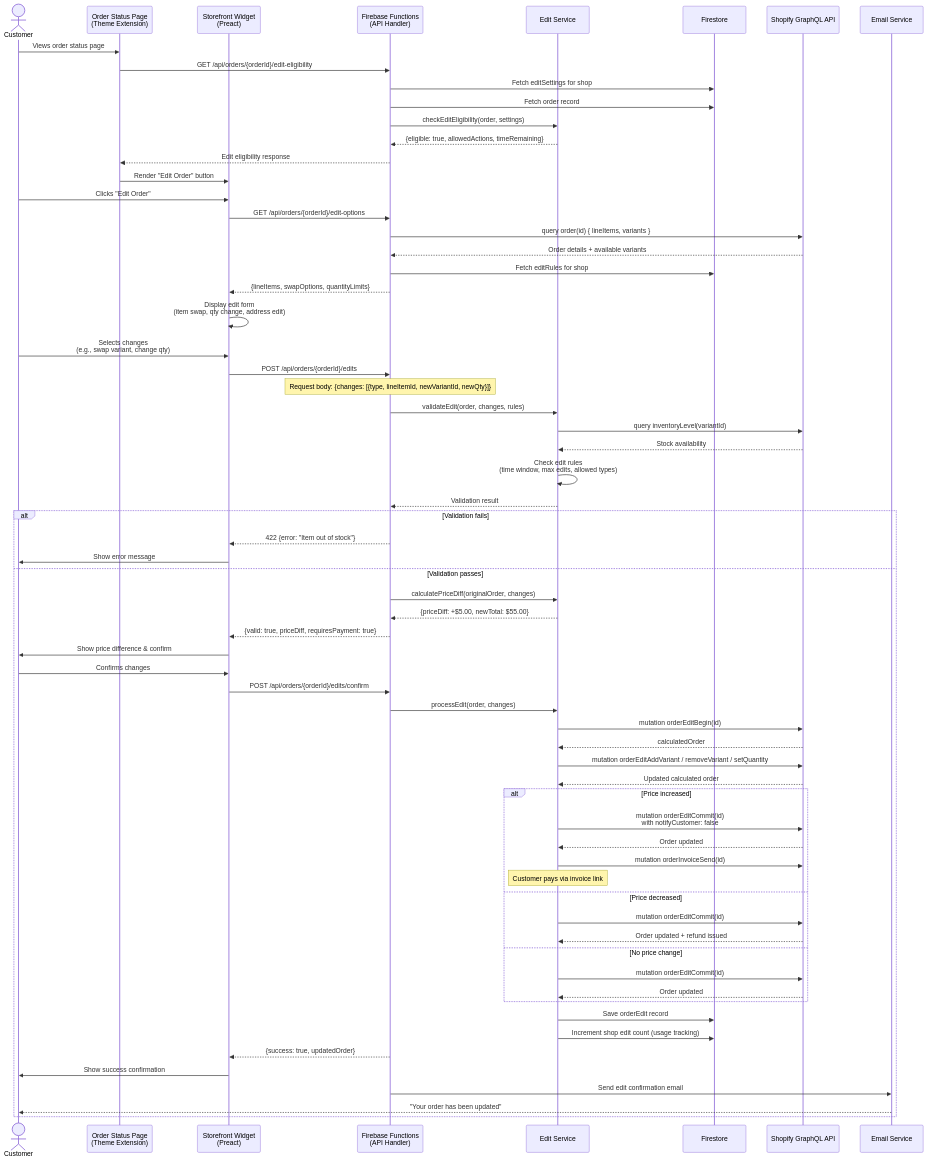
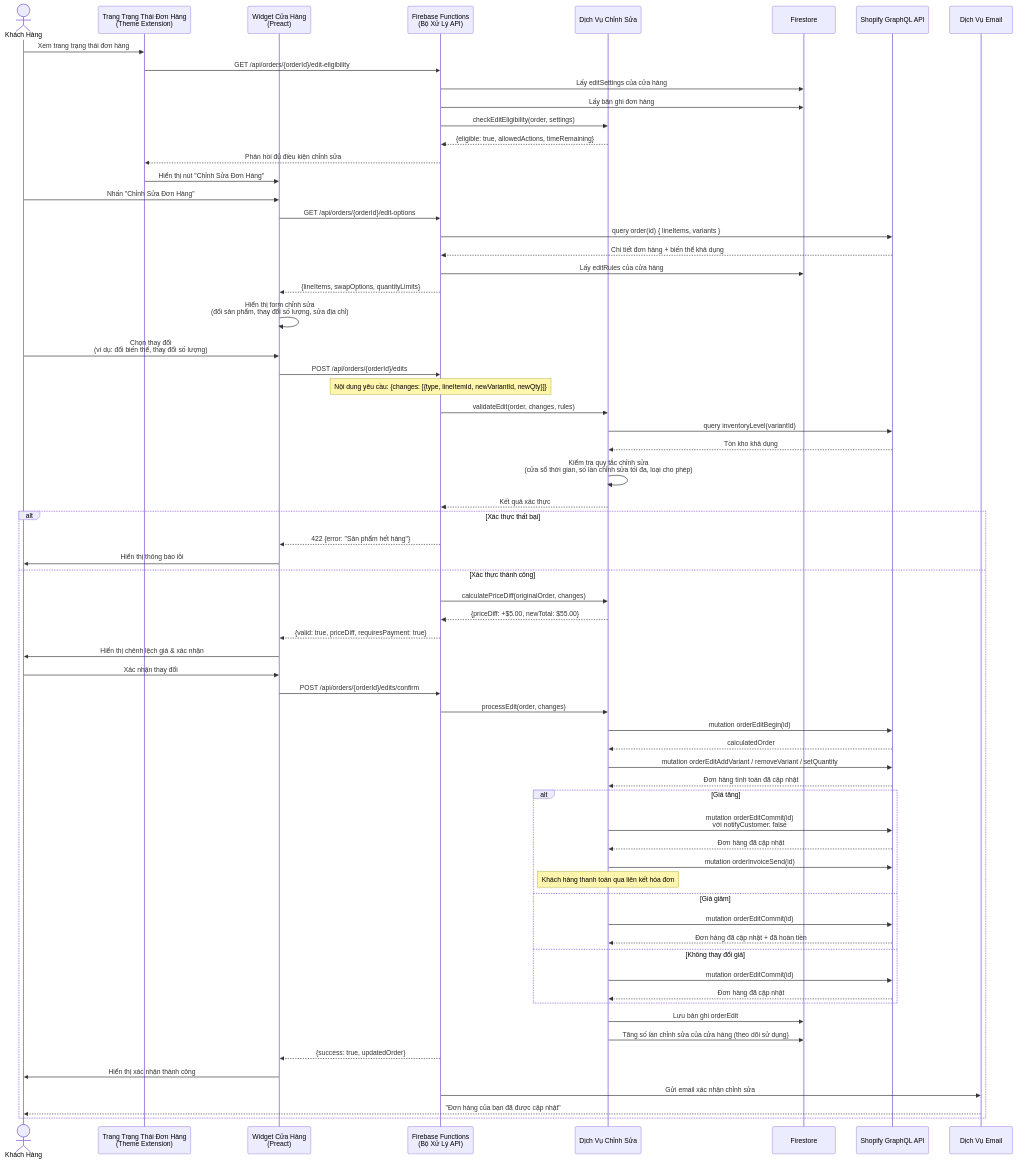
The third of 10 diagrams in order editing/research/08-diagrams.md (Roger-46/test), drawn with Mermaid before and after one commit. The commit also changed other lines of this file and 20 other files, not shown here.

````diff
--- a/order editing/research/08-diagrams.md
+++ b/order editing/research/08-diagrams.md
@@ -149,54 +149,54 @@
 ```mermaid
 sequenceDiagram
-    actor C as Customer
-    participant OSP as Order Status Page<br/>(Theme Extension)
-    participant SW as Storefront Widget<br/>(Preact)
-    participant API as Firebase Functions<br/>(API Handler)
-    participant SVC as Edit Service
+    actor C as Khách Hàng
+    participant OSP as Trang Trạng Thái Đơn Hàng<br/>(Theme Extension)
+    participant SW as Widget Cửa Hàng<br/>(Preact)
+    participant API as Firebase Functions<br/>(Bộ Xử Lý API)
+    participant SVC as Dịch Vụ Chỉnh Sửa
     participant FS as Firestore
     participant SHOP as Shopify GraphQL API
-    participant EMAIL as Email Service
+    participant EMAIL as Dịch Vụ Email
 
-    C->>OSP: Views order status page
+    C->>OSP: Xem trang trạng thái đơn hàng
     OSP->>API: GET /api/orders/{orderId}/edit-eligibility
-    API->>FS: Fetch editSettings for shop
-    API->>FS: Fetch order record
+    API->>FS: Lấy editSettings của cửa hàng
+    API->>FS: Lấy bản ghi đơn hàng
     API->>SVC: checkEditEligibility(order, settings)
     SVC-->>API: {eligible: true, allowedActions, timeRemaining}
-    API-->>OSP: Edit eligibility response
+    API-->>OSP: Phản hồi đủ điều kiện chỉnh sửa
 
-    OSP->>SW: Render "Edit Order" button
+    OSP->>SW: Hiển thị nút "Chỉnh Sửa Đơn Hàng"
 
-    C->>SW: Clicks "Edit Order"
+    C->>SW: Nhấn "Chỉnh Sửa Đơn Hàng"
     SW->>API: GET /api/orders/{orderId}/edit-options
     API->>SHOP: query order(id) { lineItems, variants }
-    SHOP-->>API: Order details + available variants
-    API->>FS: Fetch editRules for shop
+    SHOP-->>API: Chi tiết đơn hàng + biến thể khả dụng
+    API->>FS: Lấy editRules của cửa hàng
     API-->>SW: {lineItems, swapOptions, quantityLimits}
 
-    SW->>SW: Display edit form<br/>(item swap, qty change, address edit)
+    SW->>SW: Hiển thị form chỉnh sửa<br/>(đổi sản phẩm, thay đổi số lượng, sửa địa chỉ)
 
-    C->>SW: Selects changes<br/>(e.g., swap variant, change qty)
+    C->>SW: Chọn thay đổi<br/>(ví dụ: đổi biến thể, thay đổi số lượng)
     SW->>API: POST /api/orders/{orderId}/edits
-    Note over API: Request body: {changes: [{type, lineItemId, newVariantId, newQty}]}
+    Note over API: Nội dung yêu cầu: {changes: [{type, lineItemId, newVariantId, newQty}]}
 
     API->>SVC: validateEdit(order, changes, rules)
     SVC->>SHOP: query inventoryLevel(variantId)
-    SHOP-->>SVC: Stock availability
-    SVC->>SVC: Check edit rules<br/>(time window, max edits, allowed types)
-    SVC-->>API: Validation result
+    SHOP-->>SVC: Tồn kho khả dụng
+    SVC->>SVC: Kiểm tra quy tắc chỉnh sửa<br/>(cửa sổ thời gian, số lần chỉnh sửa tối đa, loại cho phép)
+    SVC-->>API: Kết quả xác thực
 
-    alt Validation fails
-        API-->>SW: 422 {error: "Item out of stock"}
-        SW->>C: Show error message
-    else Validation passes
+    alt Xác thực thất bại
+        API-->>SW: 422 {error: "Sản phẩm hết hàng"}
+        SW->>C: Hiển thị thông báo lỗi
+    else Xác thực thành công
         API->>SVC: calculatePriceDiff(originalOrder, changes)
         SVC-->>API: {priceDiff: +$5.00, newTotal: $55.00}
         API-->>SW: {valid: true, priceDiff, requiresPayment: true}
 
-        SW->>C: Show price difference & confirm
+        SW->>C: Hiển thị chênh lệch giá & xác nhận
 
-        C->>SW: Confirms changes
+        C->>SW: Xác nhận thay đổi
         SW->>API: POST /api/orders/{orderId}/edits/confirm
 
         API->>SVC: processEdit(order, changes)
@@ -204,28 +204,28 @@
         SHOP-->>SVC: calculatedOrder
 
         SVC->>SHOP: mutation orderEditAddVariant / removeVariant / setQuantity
-        SHOP-->>SVC: Updated calculated order
+        SHOP-->>SVC: Đơn hàng tính toán đã cập nhật
 
-        alt Price increased
-            SVC->>SHOP: mutation orderEditCommit(id)<br/>with notifyCustomer: false
-            SHOP-->>SVC: Order updated
+        alt Giá tăng
+            SVC->>SHOP: mutation orderEditCommit(id)<br/>với notifyCustomer: false
+            SHOP-->>SVC: Đơn hàng đã cập nhật
             SVC->>SHOP: mutation orderInvoiceSend(id)
-            Note over SVC: Customer pays via invoice link
-        else Price decreased
+            Note over SVC: Khách hàng thanh toán qua liên kết hóa đơn
+        else Giá giảm
             SVC->>SHOP: mutation orderEditCommit(id)
-            SHOP-->>SVC: Order updated + refund issued
-        else No price change
+            SHOP-->>SVC: Đơn hàng đã cập nhật + đã hoàn tiền
+        else Không thay đổi giá
             SVC->>SHOP: mutation orderEditCommit(id)
-            SHOP-->>SVC: Order updated
+            SHOP-->>SVC: Đơn hàng đã cập nhật
         end
 
-        SVC->>FS: Save orderEdit record
-        SVC->>FS: Increment shop edit count (usage tracking)
+        SVC->>FS: Lưu bản ghi orderEdit
+        SVC->>FS: Tăng số lần chỉnh sửa của cửa hàng (theo dõi sử dụng)
 
         API-->>SW: {success: true, updatedOrder}
-        SW->>C: Show success confirmation
+        SW->>C: Hiển thị xác nhận thành công
 
-        API->>EMAIL: Send edit confirmation email
-        EMAIL-->>C: "Your order has been updated"
+        API->>EMAIL: Gửi email xác nhận chỉnh sửa
+        EMAIL-->>C: "Đơn hàng của bạn đã được cập nhật"
     end
 ```
````
